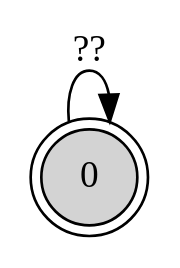
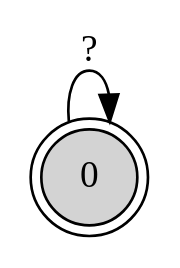
One commit to eaxelson/hfst-import-test5 changed the diagram in articles/fsmnlp-2012-spellers/anystar.dot. Above: the diagram before and after it, drawn with Graphviz. The commit also changed 13 other files, not shown here.

```diff
--- a/articles/fsmnlp-2012-spellers/anystar.dot
+++ b/articles/fsmnlp-2012-spellers/anystar.dot
@@ -1,6 +1,6 @@
 // This graph generated with hfst-fst2txt blah
 digraph H {
 rankdir = LR;
 node [shape=doublecircle,style=filled] 0
-0 -> 0 [label="?? "];
+0 -> 0 [label="? "];
 }
```
